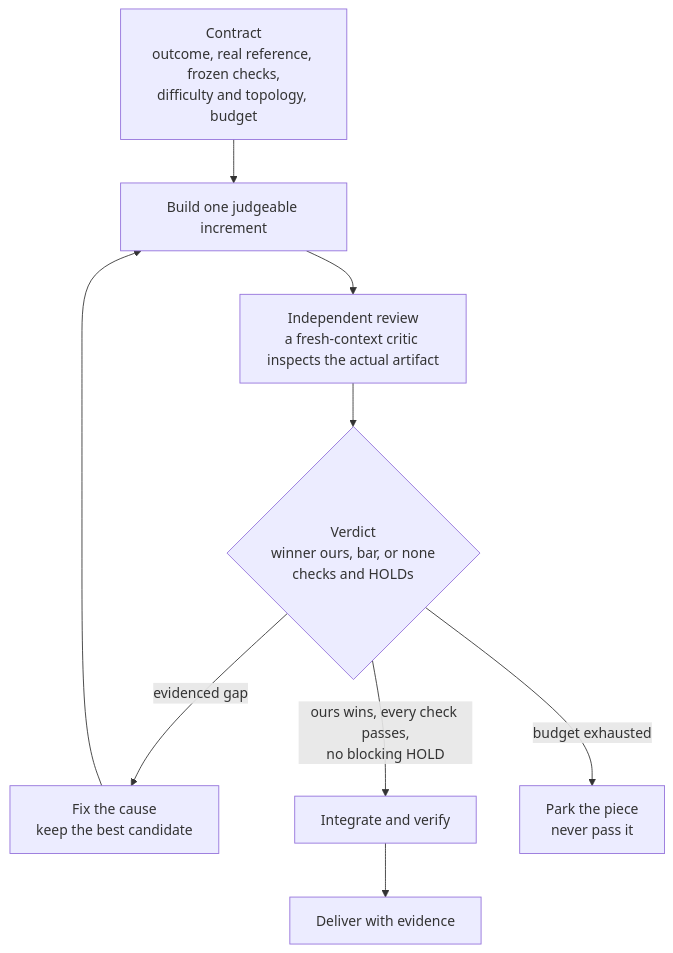
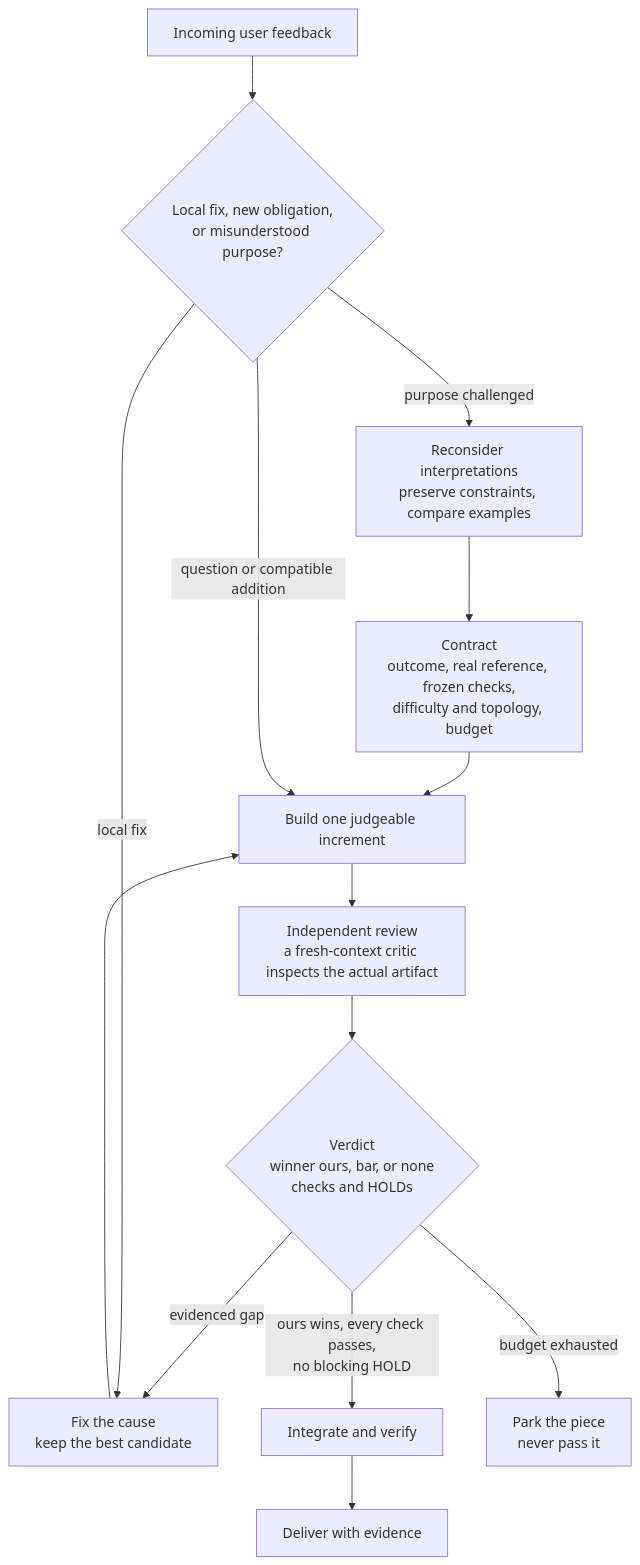
Before and after one commit to Ademord/gauntlet-loop-public: the diagram in README.md, drawn with Mermaid. The commit also changed other lines of this file and 135 other files, not shown here.

````diff
--- a/README.md
+++ b/README.md
@@ -35,11 +35,16 @@
 ```mermaid
 flowchart TD
     C["Contract<br/>outcome, real reference, frozen checks,<br/>difficulty and topology, budget"] --> B["Build one judgeable increment"]
     B --> R["Independent review<br/>a fresh-context critic inspects the actual artifact"]
     R --> V{"Verdict<br/>winner ours, bar, or none<br/>checks and HOLDs"}
     V -- "evidenced gap" --> F["Fix the cause<br/>keep the best candidate"]
     F --> B
+    U["Incoming user feedback"] --> T{"Local fix, new obligation,<br/>or misunderstood purpose?"}
+    T -- "local fix" --> F
+    T -- "purpose challenged" --> Q["Reconsider interpretations<br/>preserve constraints, compare examples"]
+    Q --> C
+    T -- "question or compatible addition" --> B
     V -- "ours wins, every check passes,<br/>no blocking HOLD" --> I["Integrate and verify"]
     I --> D["Deliver with evidence"]
     V -- "budget exhausted" --> K["Park the piece<br/>never pass it"]
 ```
````
